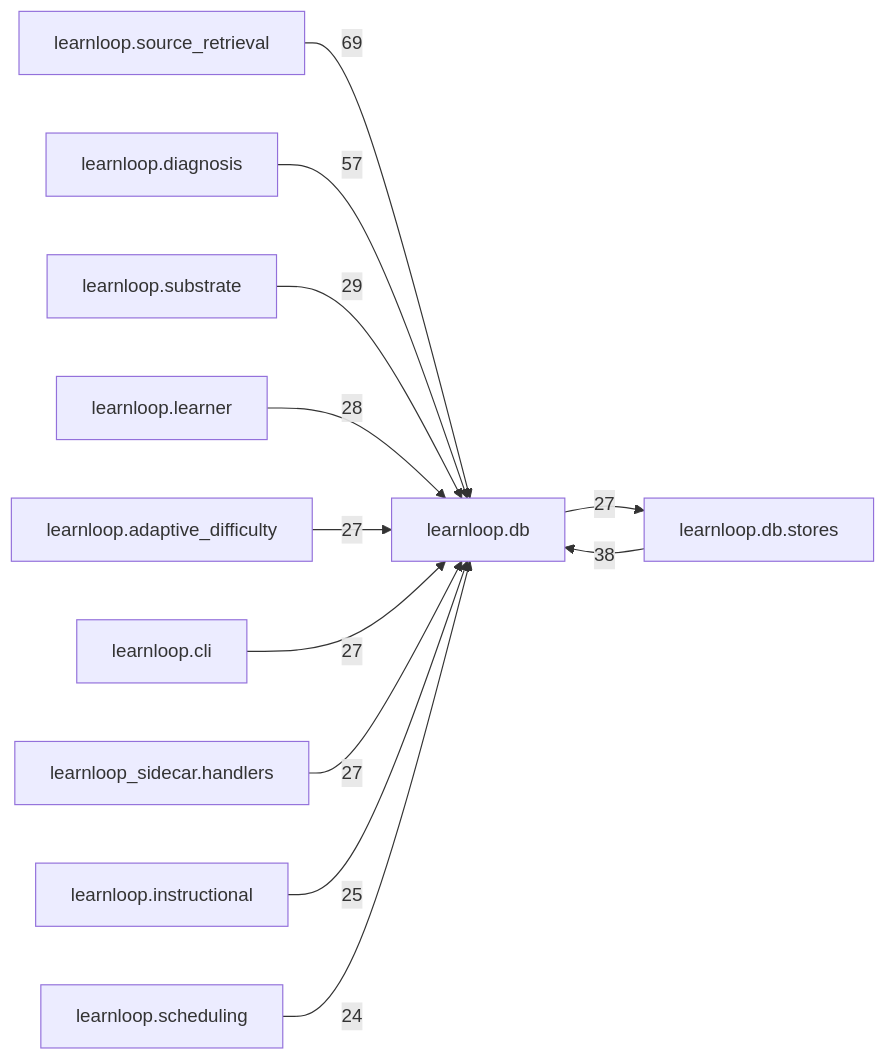
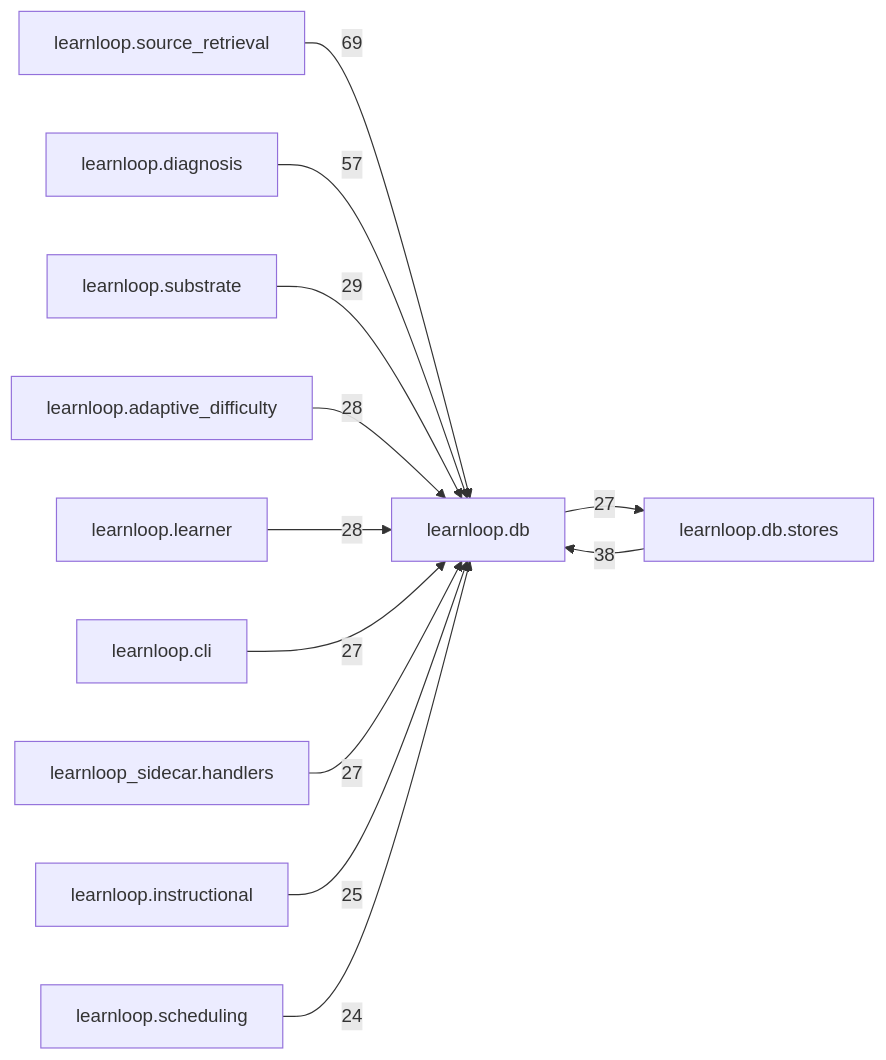
Before and after one commit to 6up-b/learnanything: the diagram in docs/learnloop-architecture-vault/Reference/Modules/learnloop/db/_package.md, drawn with Mermaid. The commit also changed other lines of this file and 64 other files, not shown here.

````diff
--- a/docs/learnloop-architecture-vault/Reference/Modules/learnloop/db/_package.md
+++ b/docs/learnloop-architecture-vault/Reference/Modules/learnloop/db/_package.md
@@ -156,25 +156,25 @@
 ```mermaid
 flowchart LR
     center["learnloop.db"]
     n_learnloop_source_retrieval["learnloop.source_retrieval"]
     n_learnloop_db_stores["learnloop.db.stores"]
     n_learnloop_diagnosis["learnloop.diagnosis"]
     n_learnloop_substrate["learnloop.substrate"]
+    n_learnloop_adaptive_difficulty["learnloop.adaptive_difficulty"]
     n_learnloop_learner["learnloop.learner"]
-    n_learnloop_adaptive_difficulty["learnloop.adaptive_difficulty"]
     n_learnloop_cli["learnloop.cli"]
     n_learnloop_sidecar_handlers["learnloop_sidecar.handlers"]
     n_learnloop_instructional["learnloop.instructional"]
     n_learnloop_scheduling["learnloop.scheduling"]
     n_learnloop_source_retrieval -->|69| center
     n_learnloop_db_stores -->|38| center
     center -->|27| n_learnloop_db_stores
     n_learnloop_diagnosis -->|57| center
     n_learnloop_substrate -->|29| center
+    n_learnloop_adaptive_difficulty -->|28| center
     n_learnloop_learner -->|28| center
-    n_learnloop_adaptive_difficulty -->|27| center
     n_learnloop_cli -->|27| center
     n_learnloop_sidecar_handlers -->|27| center
     n_learnloop_instructional -->|25| center
     n_learnloop_scheduling -->|24| center
 ```
````
